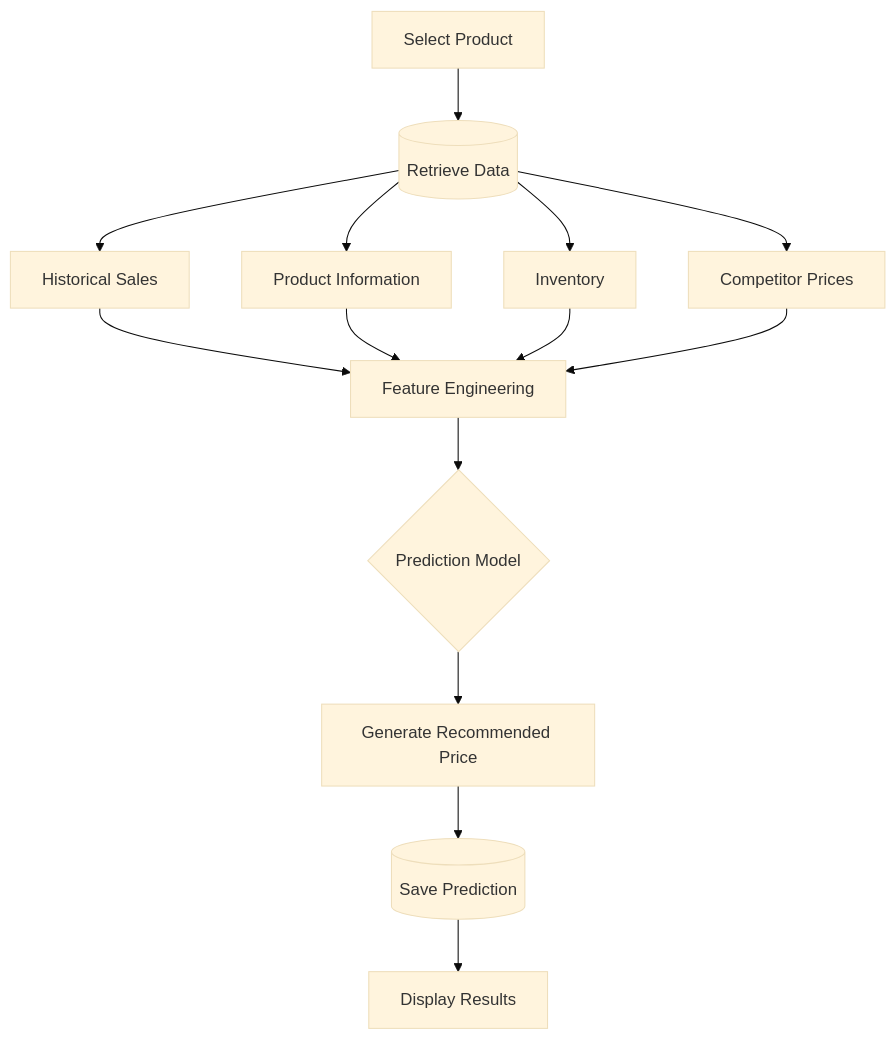
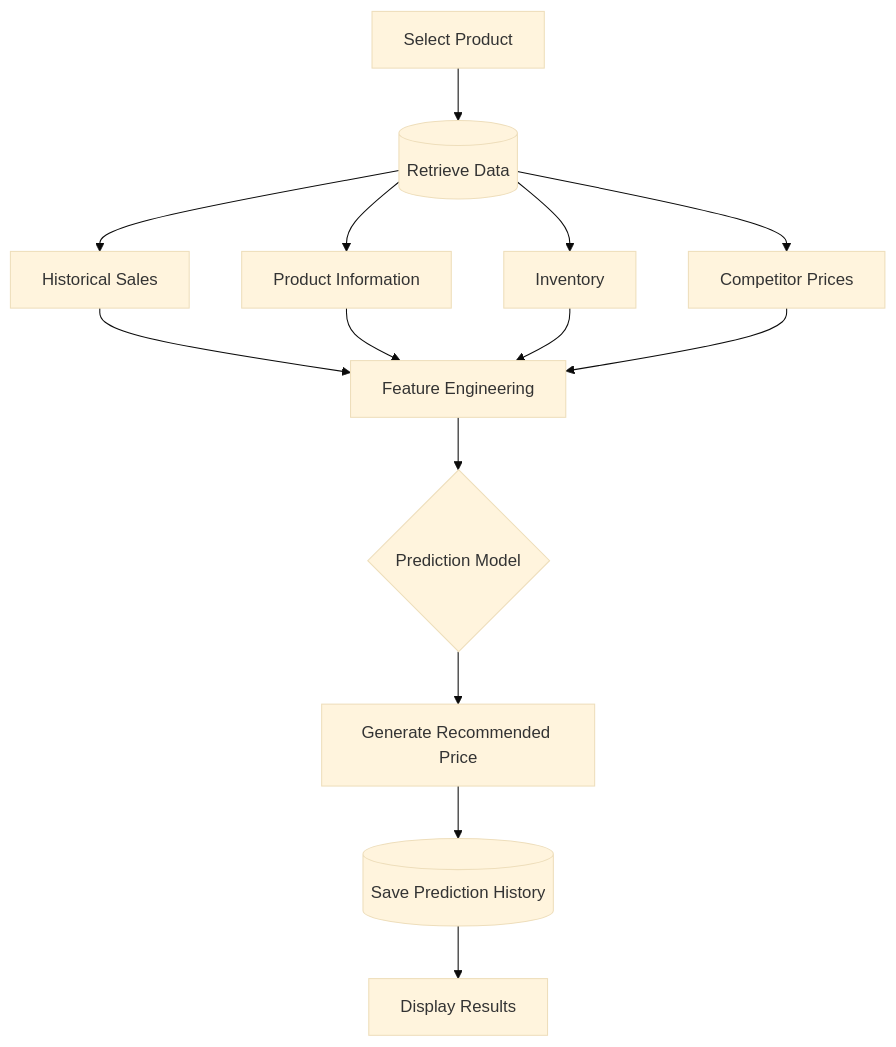
One commit to KMohammedsadiq/Dynamic-Pricing-Optimization-and-Revenue-Intelligence-Platform-K_Mohammad_Sadik changed the fourth of 10 diagrams in docs/04_Workflow_Planning.md. Above: the diagram before and after it, drawn with Mermaid (base theme). The commit also changed other lines of this file, not shown here.

````diff
--- a/docs/04_Workflow_Planning.md
+++ b/docs/04_Workflow_Planning.md
@@ -106,13 +117,13 @@
 ```mermaid
 flowchart TD
     A[Select Product] --> B[(Retrieve Data)]
     B --> B1[Historical Sales]
     B --> B2[Product Information]
     B --> B3[Inventory]
     B --> B4[Competitor Prices]
     B1 & B2 & B3 & B4 --> C[Feature Engineering]
     C --> D{Prediction Model}
     D --> E[Generate Recommended Price]
-    E --> F[(Save Prediction)]
+    E --> F[(Save Prediction History)]
     F --> G[Display Results]
 ```
````
